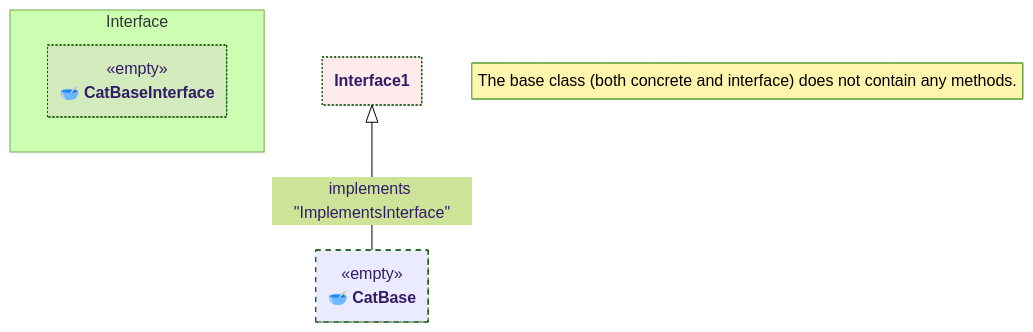
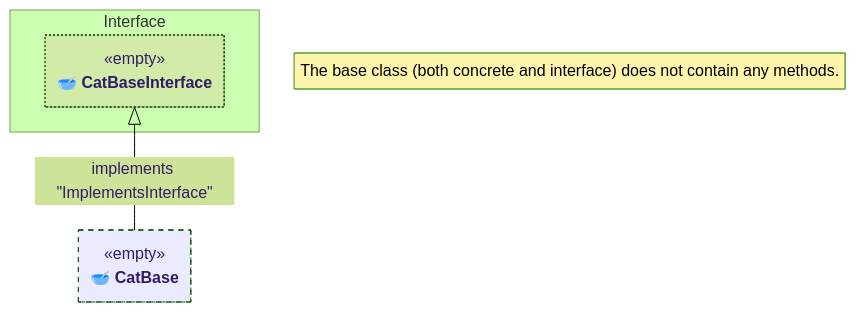
One commit to thecodecrate/python-pipeline changed the fifth of 12 diagrams in tests/spec-001--class-composition-with-partial-classes.md. Above: the diagram before and after it, drawn with Mermaid (forest theme). The commit also changed other lines of this file, not shown here.

````diff
--- a/tests/spec-001--class-composition-with-partial-classes.md
+++ b/tests/spec-001--class-composition-with-partial-classes.md
@@ -275,39 +271,38 @@
 ```mermaid
 ---
 config:
     class:
         hideEmptyMembersBox: true
 ---
 classDiagram
     namespace Interface {
-        class InterfaceBase_["🥣 CatBaseInterface"] {
+        class Interface1["🥣 CatBaseInterface"] {
             <<empty>>
             %% Empty interface
         }
     }
 
     class Base_["🥣 CatBase"] {
         <<empty>>
         %% Empty class
     }
 
     %% Notes
     note "The base class (both concrete and interface) does not contain any methods."
 
     %% Relationships
     Interface1 <|-- Base_ : implements "ImplementsInterface"
 
     %% Apply Styles
     style Base_ fill:#6060ff20, stroke-dasharray: 5 5
     style Composed_ bugfix:#111, stroke-width:2px, font-weight: bold
     style External1 bugfix:#111, stroke-width:2px, font-weight: bold
     style Partial1_ fill:#60ff6020, stroke-dasharray: 5 5
     style Partial2_ fill:#60ff6020, stroke-dasharray: 5 5
     style Partial3_ fill:#60ff6020, stroke-dasharray: 5 5
     style Partial4_ fill:#60ff6020, stroke-dasharray: 5 5
-    style InterfaceBase_ fill:#ff60ff20, stroke-dasharray: 2 2
     style Interface1 fill:#ff606020, stroke-dasharray: 2 2
     style Interface2 fill:#ff606020, stroke-dasharray: 2 2
     style Interface3 fill:#ff606020, stroke-dasharray: 2 2
     style Interface4 fill:#ff606020, stroke-dasharray: 2 2
 ```
````
